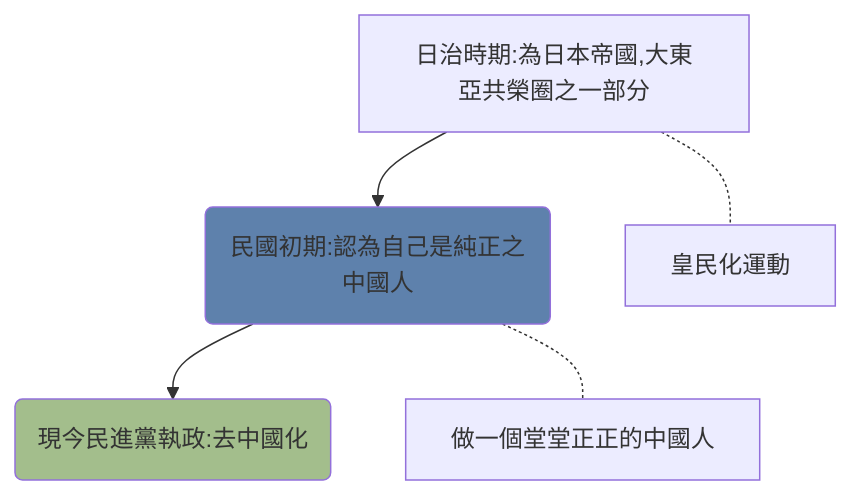
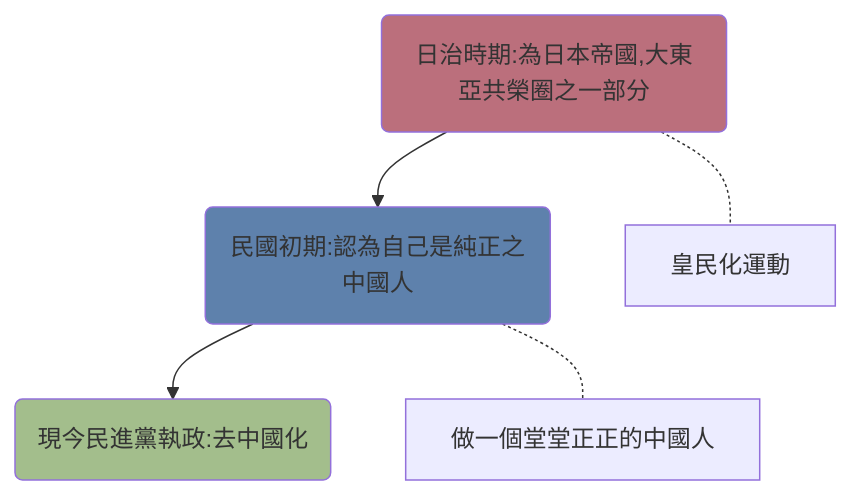
One commit to Ethane1755/Obsidian changed the diagram in Zettelkasten/歷史解釋_認同問題.md. Above: the diagram before and after it, drawn with Mermaid.

Commit message:
Obsidian Backup 2021-09-18 23:22

````diff
--- a/Zettelkasten/歷史解釋_認同問題.md
+++ b/Zettelkasten/歷史解釋_認同問題.md
@@ -9,8 +9,9 @@
 ```mermaid
 graph TD
-日治時期:為日本帝國,大東亞共榮圈之一部分-->id2(民國初期:認為自己是純正之中國人)-->id1(現今民進黨執政:去中國化)
-日治時期:為日本帝國,大東亞共榮圈之一部分-.-皇民化運動
+id3(日治時期:為日本帝國,大東亞共榮圈之一部分)-->id2(民國初期:認為自己是純正之中國人)-->id1(現今民進黨執政:去中國化)
+id3-.-皇民化運動
 id2-.-做一個堂堂正正的中國人
 style id1 fill:#a3be8c
 style id2 fill:#5e81ac
+style id3 fill:#BB6F7C
 ```
````
